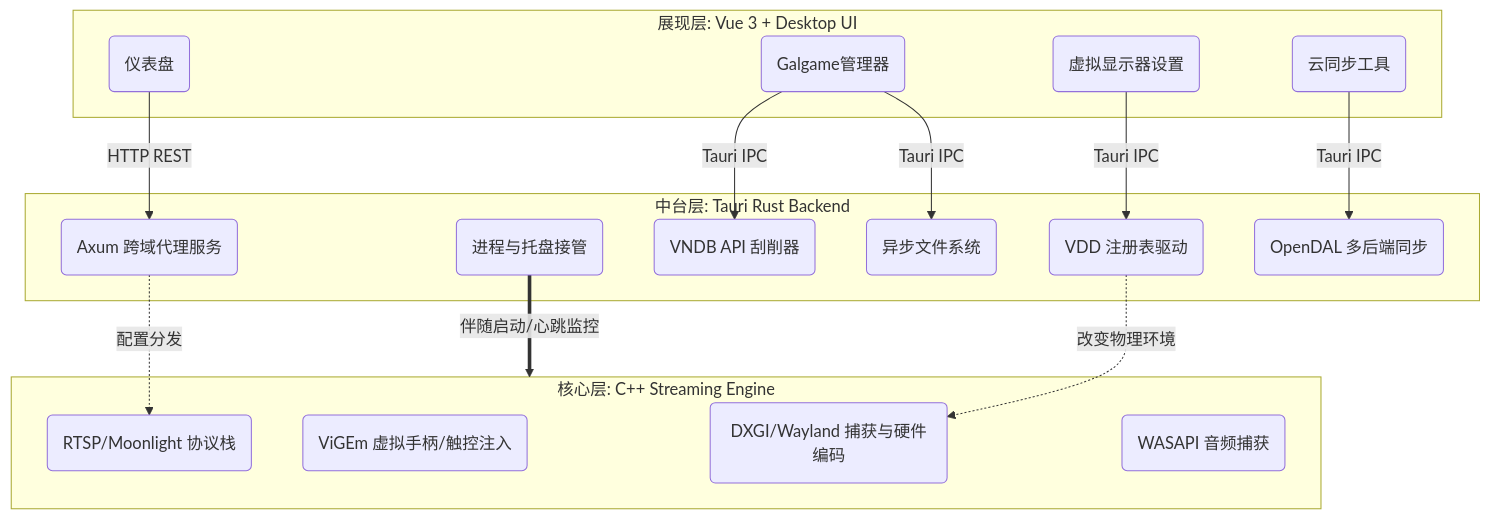
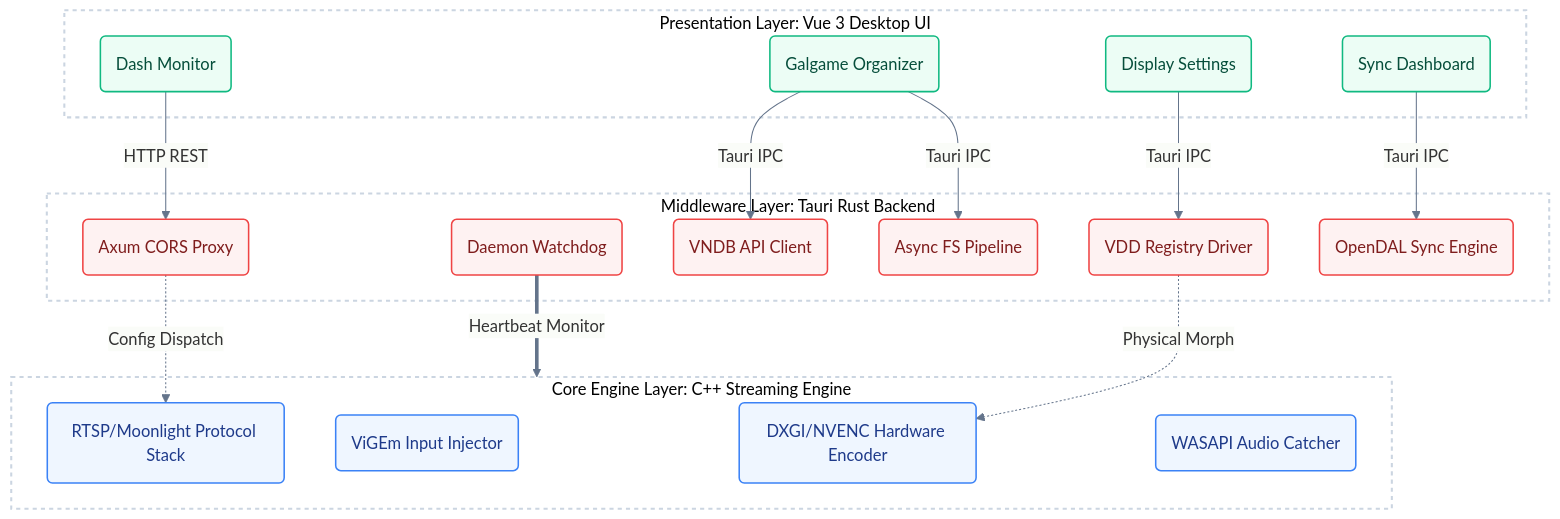
One commit to Roxy-DD/galremote changed the first of 5 diagrams in thesis/chapter4/system_design.md. Above: the diagram before and after it, drawn with Mermaid. The commit also changed other lines of this file and 1 other file, not shown here.

Commit message:
style(thesis): refactor all diagrams to top-tier academic English flat style

````diff
--- a/thesis/chapter4/system_design.md
+++ b/thesis/chapter4/system_design.md
@@ -13,35 +13,43 @@
 ```mermaid
+%%{init: {'theme': 'base', 'themeVariables': { 'fontFamily': 'arial', 'primaryColor': '#F8FAFC', 'primaryBorderColor': '#CBD5E1', 'lineColor': '#64748B'}}}%%
 graph TB
-    subgraph PresentationLayer [展现层: Vue 3 + Desktop UI]
-        UI_Dash("仪表盘")
-        UI_Gal("Galgame管理器")
-        UI_VDD("虚拟显示器设置")
-        UI_Sync("云同步工具")
+    classDef layer fill:#ffffff,stroke:#CBD5E1,stroke-width:2px,stroke-dasharray: 4 4;
+    classDef vue fill:#ECFDF5,stroke:#10B981,stroke-width:1.5px,color:#064E3B;
+    classDef rust fill:#FEF2F2,stroke:#EF4444,stroke-width:1.5px,color:#7F1D1D;
+    classDef cpp fill:#EFF6FF,stroke:#3B82F6,stroke-width:1.5px,color:#1E3A8A;
+    
+    subgraph PresentationLayer [Presentation Layer: Vue 3 Desktop UI]
+        UI_Dash("Dash Monitor"):::vue
+        UI_Gal("Galgame Organizer"):::vue
+        UI_VDD("Display Settings"):::vue
+        UI_Sync("Sync Dashboard"):::vue
     end
 
-    subgraph MiddlewareLayer [中台层: Tauri Rust Backend]
-        Axum("Axum 跨域代理服务")
-        SysMgr("进程与托盘接管")
-        VNDB_Scraper("VNDB API 刮削器")
-        Cloud_Sync("OpenDAL 多后端同步")
-        VDD_Mgr("VDD 注册表驱动")
-        File_IO("异步文件系统")
+    subgraph MiddlewareLayer [Middleware Layer: Tauri Rust Backend]
+        Axum("Axum CORS Proxy"):::rust
+        SysMgr("Daemon Watchdog"):::rust
+        VNDB_Scraper("VNDB API Client"):::rust
+        Cloud_Sync("OpenDAL Sync Engine"):::rust
+        VDD_Mgr("VDD Registry Driver"):::rust
+        File_IO("Async FS Pipeline"):::rust
     end
 
-    subgraph CoreEngineLayer [核心层: C++ Streaming Engine]
-        Video_Encode("DXGI/Wayland 捕获与硬件编码")
-        Input_Inject("ViGEm 虚拟手柄/触控注入")
-        RTSP_Server("RTSP/Moonlight 协议栈")
-        Audio_Catch("WASAPI 音频捕获")
+    subgraph CoreEngineLayer [Core Engine Layer: C++ Streaming Engine]
+        Video_Encode("DXGI/NVENC Hardware Encoder"):::cpp
+        Input_Inject("ViGEm Input Injector"):::cpp
+        RTSP_Server("RTSP/Moonlight Protocol Stack"):::cpp
+        Audio_Catch("WASAPI Audio Catcher"):::cpp
     end
 
     UI_Dash -->|HTTP REST| Axum
     UI_Gal -->|Tauri IPC| VNDB_Scraper
     UI_Gal -->|Tauri IPC| File_IO
     UI_VDD -->|Tauri IPC| VDD_Mgr
     UI_Sync -->|Tauri IPC| Cloud_Sync
 
-    Axum -.->|配置分发| RTSP_Server
-    SysMgr ==>|伴随启动/心跳监控| CoreEngineLayer
-    VDD_Mgr -.->|改变物理环境| Video_Encode
+    Axum -.->|Config Dispatch| RTSP_Server
+    SysMgr ==>|Heartbeat Monitor| CoreEngineLayer
+    VDD_Mgr -.->|Physical Morph| Video_Encode
+
+    class PresentationLayer,MiddlewareLayer,CoreEngineLayer layer;
 ```
````
